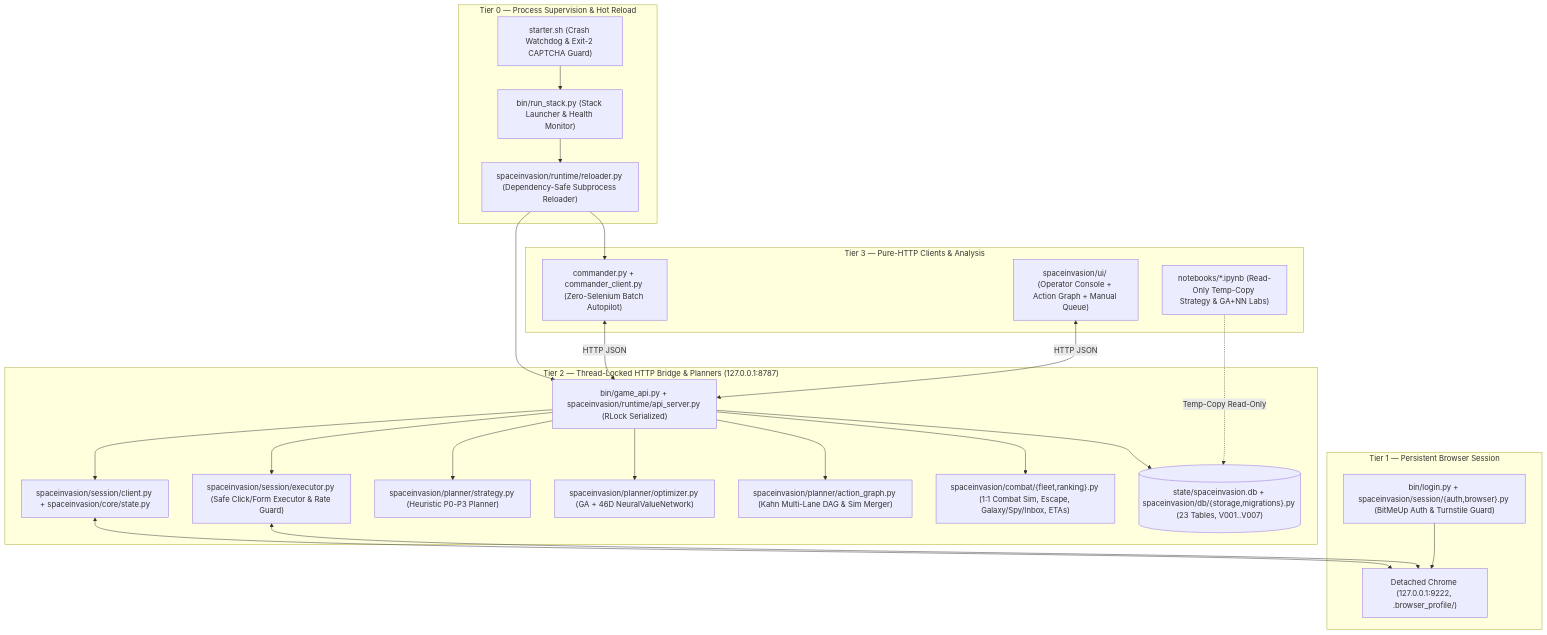
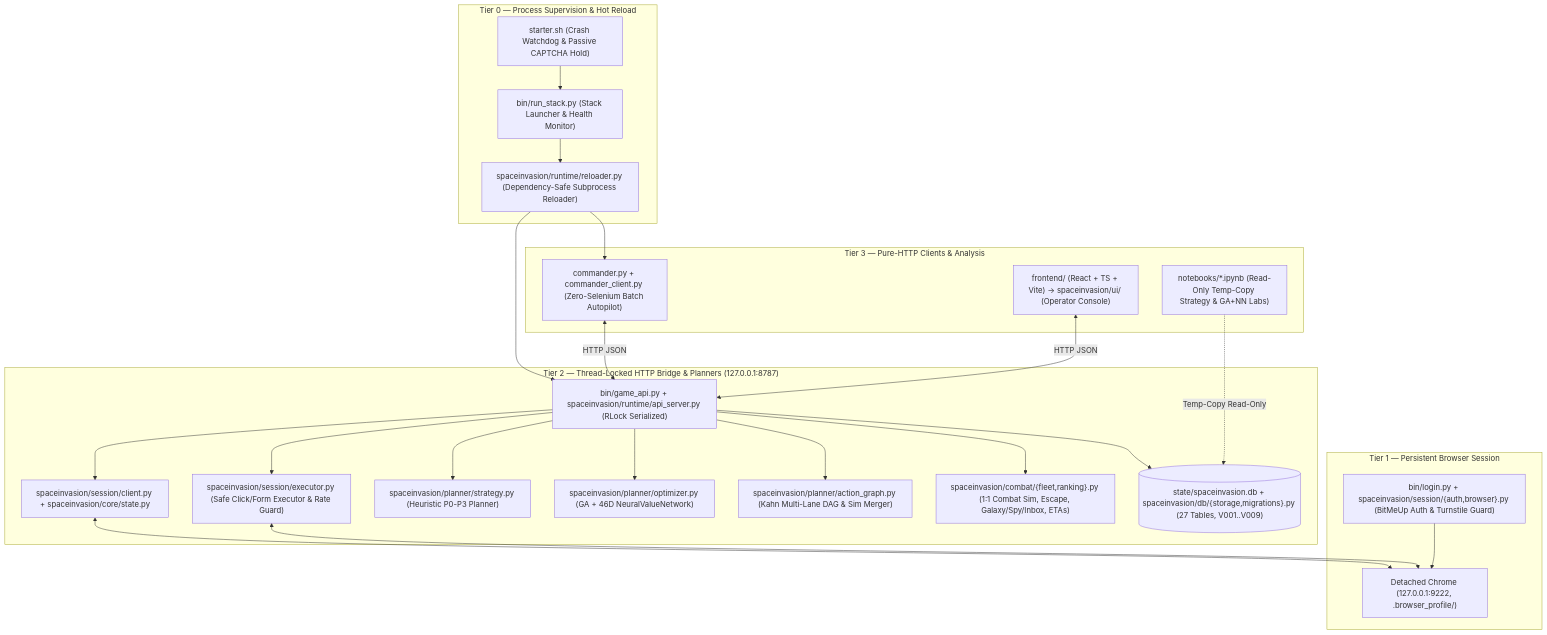
Before and after one commit to vitorecomp/spaceinvasion-autoplayer: the first of 2 diagrams in docs/architecture.md, drawn with Mermaid. The commit also changed other lines of this file and 95 other files, not shown here.

Commit message:
feat(ui,planner,db): modular React console, fleet/CAPTCHA fixes, V009 research records, and strategy spec

````diff
--- a/docs/architecture.md
+++ b/docs/architecture.md
@@ -9,50 +9,50 @@
 ```mermaid
 flowchart TB
     subgraph Sup["Tier 0 — Process Supervision & Hot Reload"]
-        SH["starter.sh (Crash Watchdog & Exit-2 CAPTCHA Guard)"]
+        SH["starter.sh (Crash Watchdog & Passive CAPTCHA Hold)"]
         RS["bin/run_stack.py (Stack Launcher & Health Monitor)"]
         RL["spaceinvasion/runtime/reloader.py (Dependency-Safe Subprocess Reloader)"]
         SH --> RS
         RS --> RL
     end
 
     subgraph T1["Tier 1 — Persistent Browser Session"]
         CH["Detached Chrome (127.0.0.1:9222, .browser_profile/)"]
         AU["bin/login.py + spaceinvasion/session/{auth,browser}.py (BitMeUp Auth & Turnstile Guard)"]
         AU --> CH
     end
 
     subgraph T2["Tier 2 — Thread-Locked HTTP Bridge & Planners (127.0.0.1:8787)"]
         API["bin/game_api.py + spaceinvasion/runtime/api_server.py (RLock Serialized)"]
         CL["spaceinvasion/session/client.py + spaceinvasion/core/state.py"]
         EX["spaceinvasion/session/executor.py (Safe Click/Form Executor & Rate Guard)"]
         PRIO["spaceinvasion/planner/strategy.py (Heuristic P0-P3 Planner)"]
         GANN["spaceinvasion/planner/optimizer.py (GA + 46D NeuralValueNetwork)"]
         DAG["spaceinvasion/planner/action_graph.py (Kahn Multi-Lane DAG & Sim Merger)"]
         FLT["spaceinvasion/combat/{fleet,ranking}.py (1:1 Combat Sim, Escape, Galaxy/Spy/Inbox, ETAs)"]
-        DB[("state/spaceinvasion.db + spaceinvasion/db/{storage,migrations}.py (23 Tables, V001..V007)")]
+        DB[("state/spaceinvasion.db + spaceinvasion/db/{storage,migrations}.py (27 Tables, V001..V009)")]
 
         API --> CL
         API --> EX
         API --> PRIO
         API --> GANN
         API --> DAG
         API --> FLT
         API --> DB
         CL <--> CH
         EX <--> CH
     end
 
     subgraph T3["Tier 3 — Pure-HTTP Clients & Analysis"]
         CMD["commander.py + commander_client.py (Zero-Selenium Batch Autopilot)"]
-        UI["spaceinvasion/ui/ (Operator Console + Action Graph + Manual Queue)"]
+        UI["frontend/ (React + TS + Vite) -> spaceinvasion/ui/ (Operator Console)"]
         NB["notebooks/*.ipynb (Read-Only Temp-Copy Strategy & GA+NN Labs)"]
 
         CMD <-->|"HTTP JSON"| API
         UI <-->|"HTTP JSON"| API
         NB -.->|"Temp-Copy Read-Only"| DB
     end
 
     RL --> API
     RL --> CMD
 ```
````
